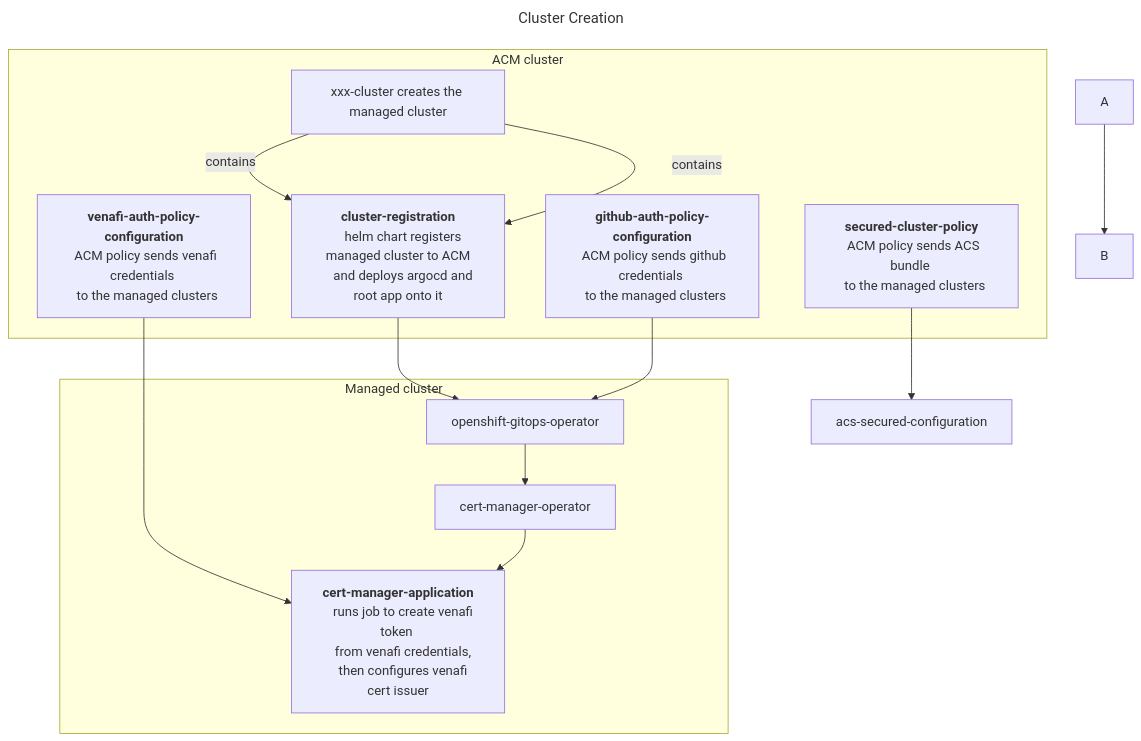
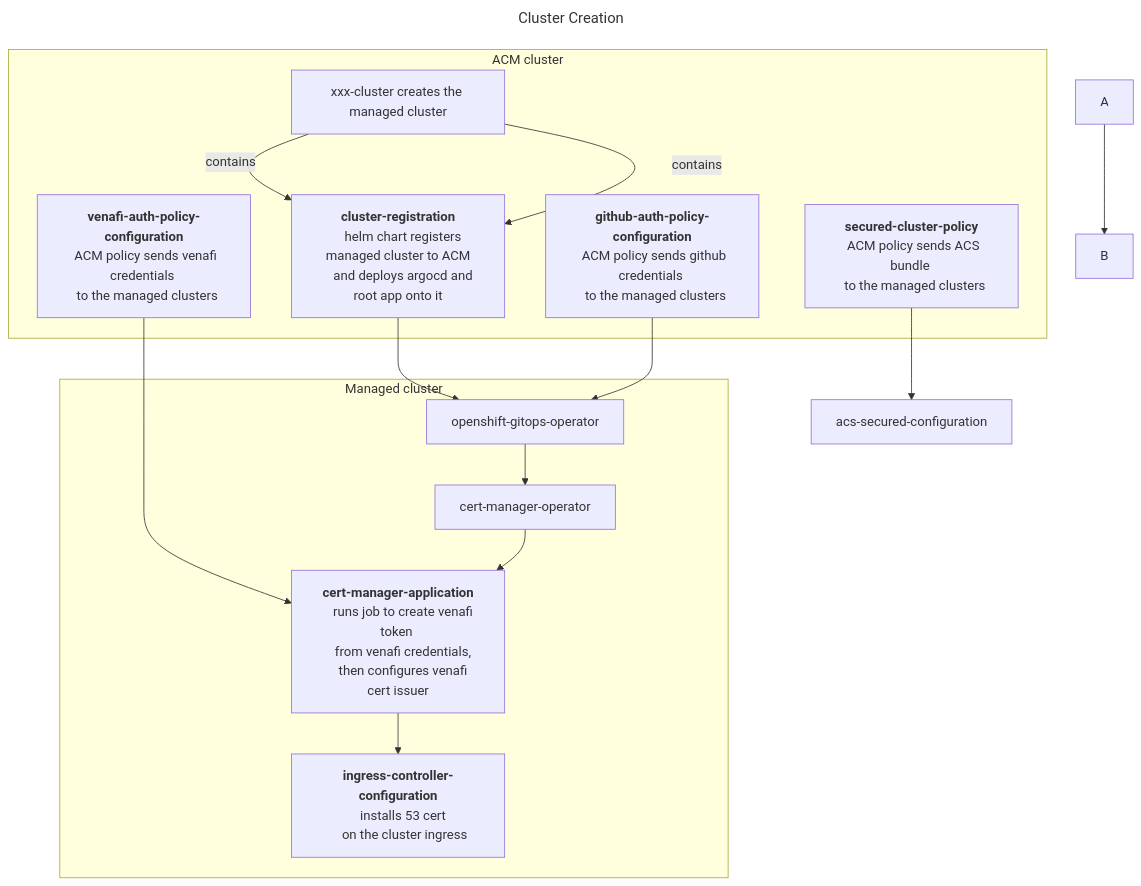
Before and after one commit to mmwillingham/acm: the diagram in test-mermaid/test-mermaid.build.md, drawn with Mermaid. The commit also changed other lines of this file, not shown here.

````diff
--- a/test-mermaid/test-mermaid.build.md
+++ b/test-mermaid/test-mermaid.build.md
@@ -2,35 +2,40 @@
 ```mermaid
 ---
 title: Cluster Creation
 ---
 flowchart TD
 A --> B
 venafi-auth-policy-configuration --> cert-manager-application
 cluster-registration --> openshift-gitops-operator
 github-auth-policy-configuration --> openshift-gitops-operator
 secured-cluster-policy --> acs-secured-configuration
 subgraph ACM cluster
 xxx-cluster["xxx-cluster creates the managed cluster"] -- contains --> cluster-registration["<b>cluster-registration</b>
   helm chart registers managed cluster to ACM
   and deploys argocd and root app onto it"]
 venafi-auth-policy-configuration["<b>venafi-auth-policy-configuration</b>
   ACM policy sends venafi credentials 
   to the managed clusters"]
 github-auth-policy-configuration["<b>github-auth-policy-configuration</b>
   ACM policy sends github credentials 
   to the managed clusters"]
 secured-cluster-policy["<b>secured-cluster-policy</b>
   ACM policy sends ACS bundle 
   to the managed clusters"]
 end
 subgraph Managed cluster
 xxx-cluster["xxx-cluster creates the managed cluster"] -- contains --> cluster-registration["<b>cluster-registration</b>
     helm chart registers managed cluster to ACM
     and deploys argocd and root app onto it"]
 openshift-gitops-operator --> cert-manager-operator
 cert-manager-operator --> cert-manager-application["<b>cert-manager-application</b>
     runs job to create venafi token 
     from venafi credentials, 
     then configures venafi cert issuer"]
+cert-manager-application --> ingress-controller-configuration["<b>ingress-controller-configuration</b>
+    installs 53 cert 
+    on the cluster ingress"]
+    
+
 end
 ```
````
